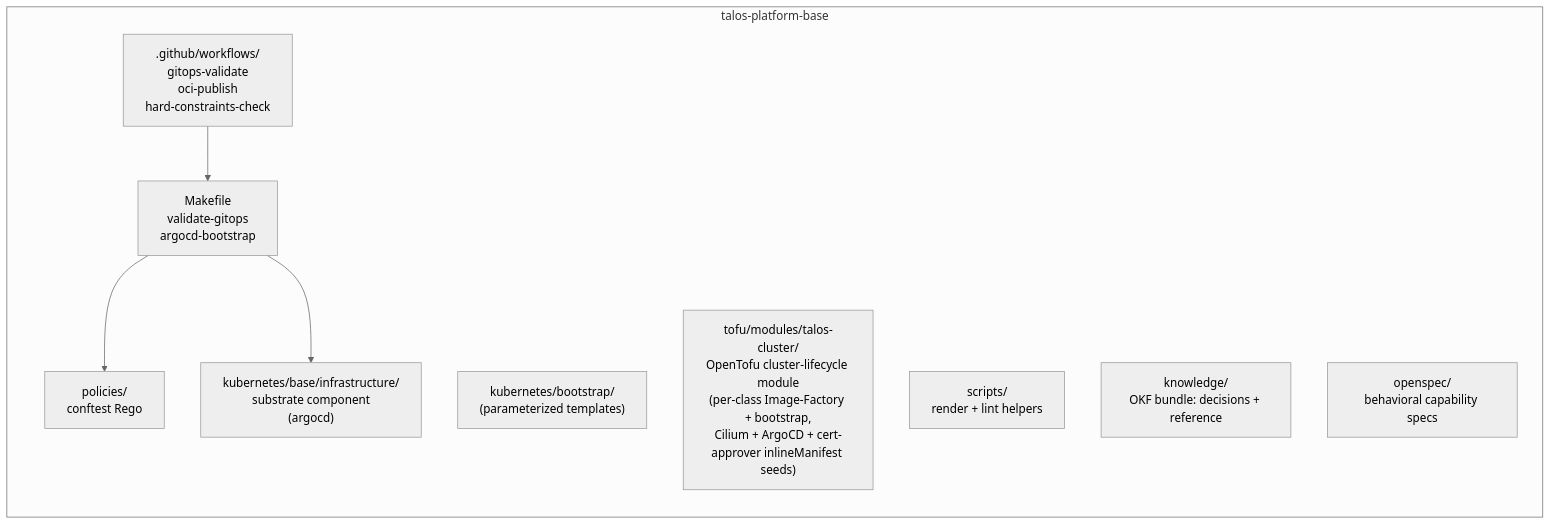
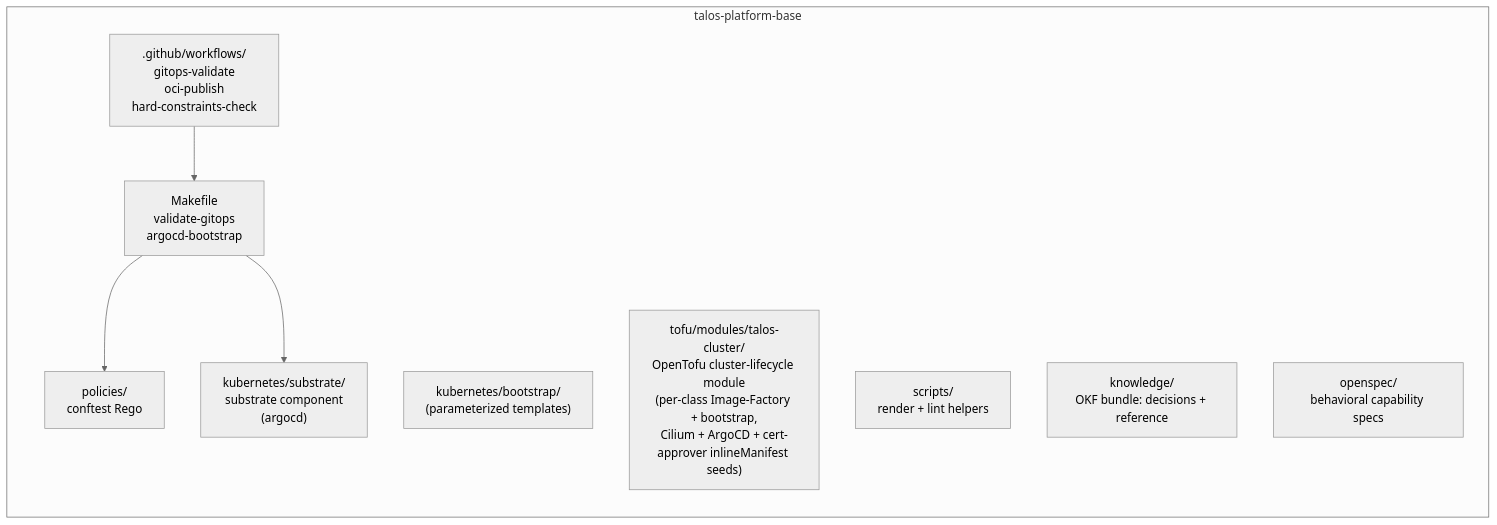
The second of 3 diagrams in ARCHITECTURE.md (Nosmoht/talos-platform-base), drawn with Mermaid before and after one commit. The commit also changed other lines of this file and 37 other files, not shown here.

````diff
--- a/ARCHITECTURE.md
+++ b/ARCHITECTURE.md
@@ -142,20 +142,20 @@
 ```mermaid
 %%{init: { "theme": "neutral" } }%%
 flowchart LR
   subgraph Base["talos-platform-base"]
     direction TB
     Make[Makefile<br/>validate-gitops<br/>argocd-bootstrap]
     Boot["kubernetes/bootstrap/<br/>(parameterized templates)"]
-    Infra["kubernetes/base/infrastructure/<br/>substrate component<br/>(argocd)"]
+    Infra["kubernetes/substrate/<br/>substrate component<br/>(argocd)"]
     Talos["tofu/modules/talos-cluster/<br/>OpenTofu cluster-lifecycle module<br/>(per-class Image-Factory + bootstrap,<br/>Cilium + ArgoCD + cert-approver inlineManifest seeds)"]
     Pol["policies/<br/>conftest Rego"]
     Scripts["scripts/<br/>render + lint helpers"]
     Docs["knowledge/<br/>OKF bundle: decisions + reference"]
     Specs["openspec/<br/>behavioral capability specs"]
     CI[".github/workflows/<br/>gitops-validate<br/>oci-publish<br/>hard-constraints-check"]
 
     Make --> Pol
     Make --> Infra
     CI --> Make
   end
 ```
````
